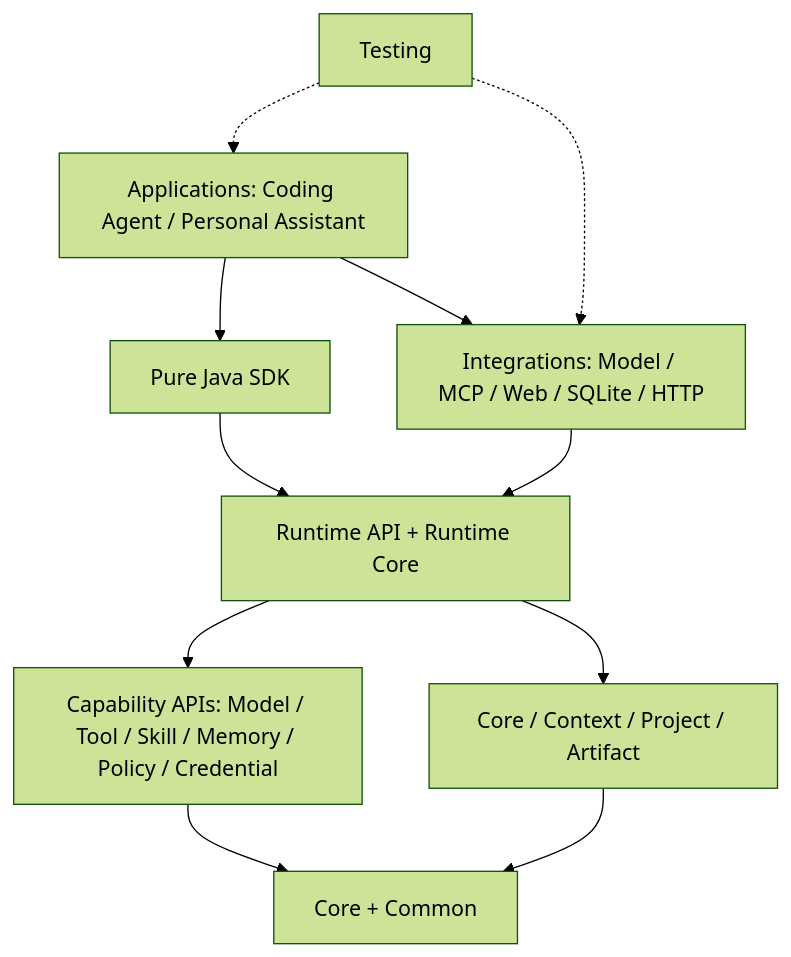
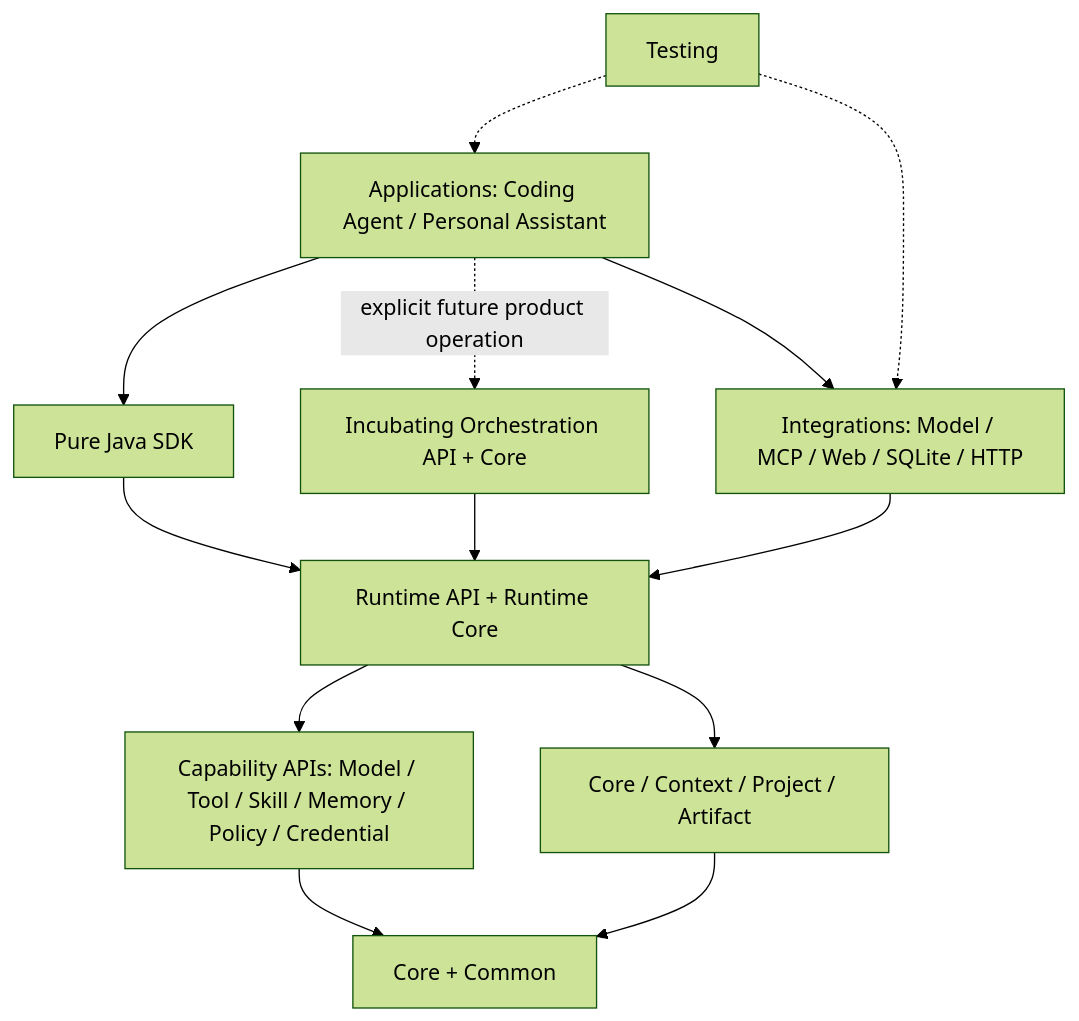
One commit to haifa-agent/haifa-agent changed the diagram in README.md. Above: the diagram before and after it, drawn with Mermaid (forest theme). The commit also changed other lines of this file and 73 other files, not shown here.

Commit message:
feat: add incubating workflow orchestration core

````diff
--- a/README.md
+++ b/README.md
@@ -303,13 +313,15 @@
 ```mermaid
 flowchart TB
   APP["Applications: Coding Agent / Personal Assistant"] --> SDK["Pure Java SDK"]
   APP --> INTEGRATIONS["Integrations: Model / MCP / Web / SQLite / HTTP"]
   SDK --> RUNTIME["Runtime API + Runtime Core"]
+  APP -. "explicit future product operation" .-> ORCH["Incubating Orchestration API + Core"]
+  ORCH --> RUNTIME
   INTEGRATIONS --> RUNTIME
   RUNTIME --> CAP["Capability APIs: Model / Tool / Skill / Memory / Policy / Credential"]
   RUNTIME --> KERNEL["Core / Context / Project / Artifact"]
   CAP --> CORE["Core + Common"]
   KERNEL --> CORE
   TESTING["Testing"] -.-> APP
   TESTING -.-> INTEGRATIONS
 ```
````
